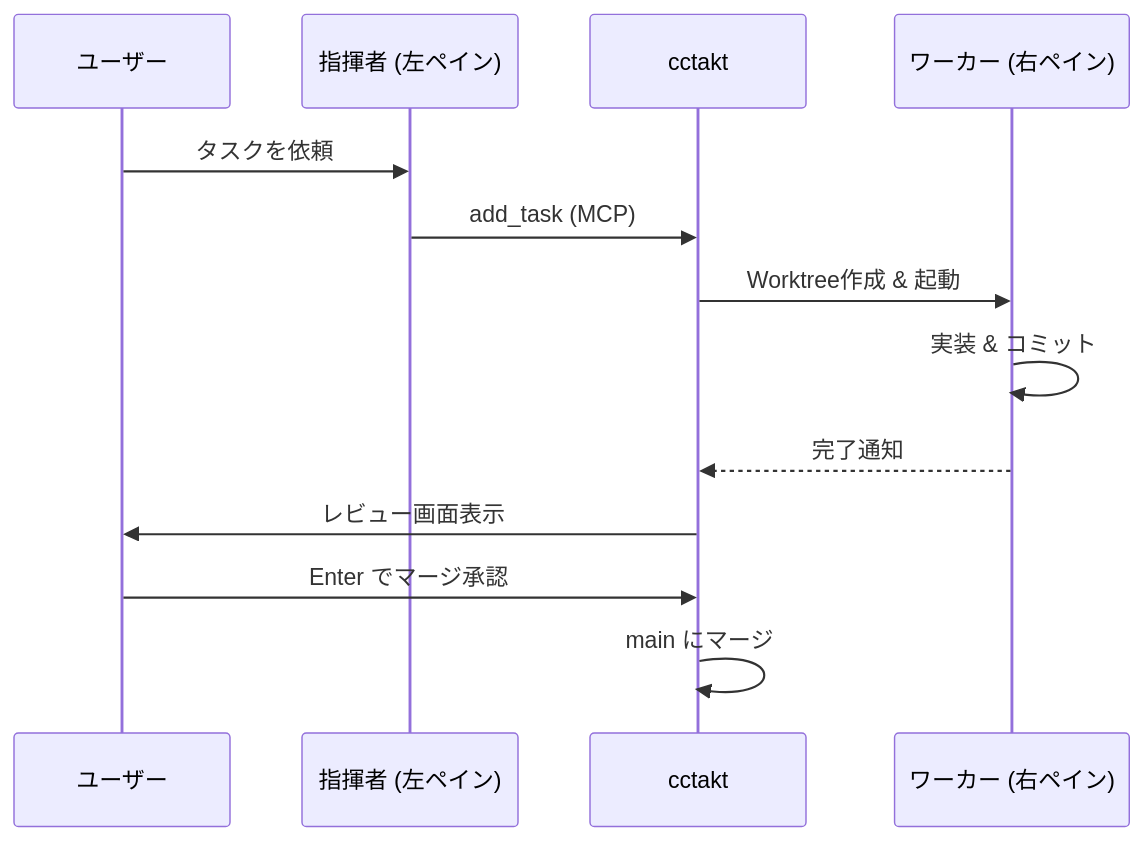
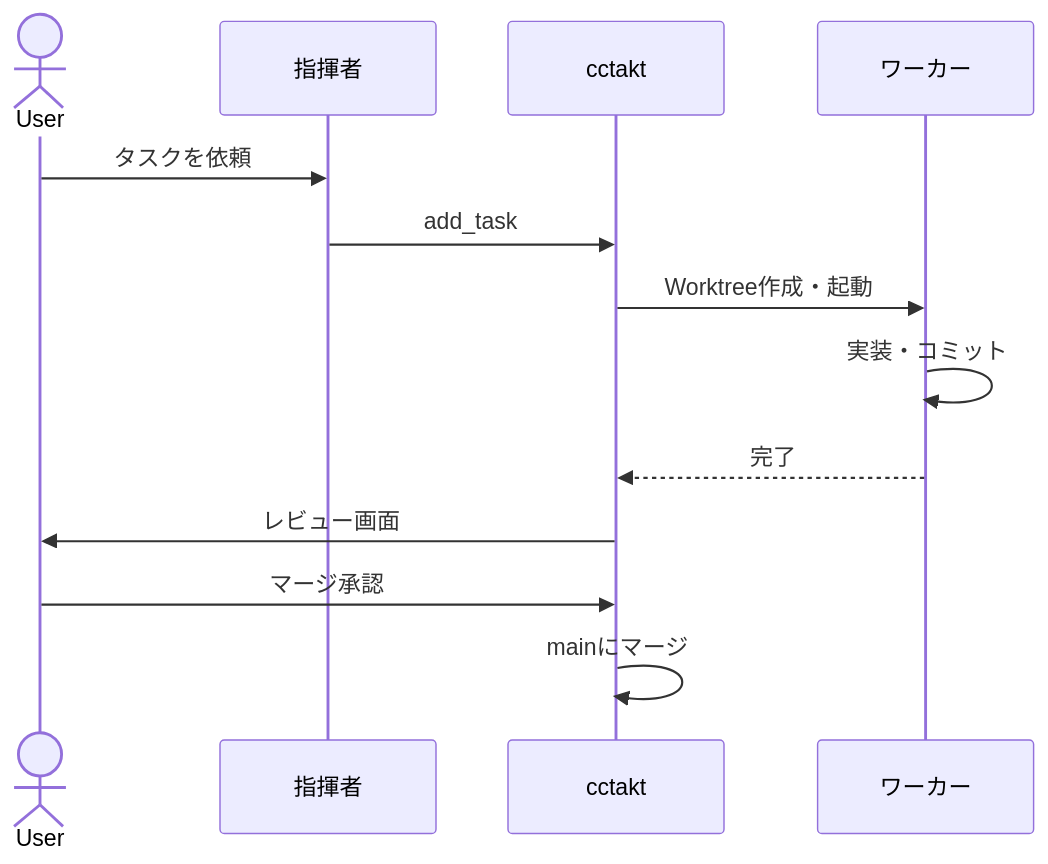
The diagram in README.md (taiki3/cctakt), drawn with Mermaid before and after one commit.

Commit message:
docs: simplify mermaid diagram

````diff
--- a/README.md
+++ b/README.md
@@ -50,16 +50,16 @@
 ```mermaid
 sequenceDiagram
-    participant User as ユーザー
-    participant Conductor as 指揮者 (左ペイン)
-    participant cctakt as cctakt
-    participant Worker as ワーカー (右ペイン)
+    actor User
+    participant Conductor as 指揮者
+    participant cctakt
+    participant Worker as ワーカー
 
     User->>Conductor: タスクを依頼
-    Conductor->>cctakt: add_task (MCP)
-    cctakt->>Worker: Worktree作成 & 起動
-    Worker->>Worker: 実装 & コミット
-    Worker-->>cctakt: 完了通知
-    cctakt->>User: レビュー画面表示
-    User->>cctakt: Enter でマージ承認
-    cctakt->>cctakt: main にマージ
+    Conductor->>cctakt: add_task
+    cctakt->>Worker: Worktree作成・起動
+    Worker->>Worker: 実装・コミット
+    Worker-->>cctakt: 完了
+    cctakt->>User: レビュー画面
+    User->>cctakt: マージ承認
+    cctakt->>cctakt: mainにマージ
 ```
````
